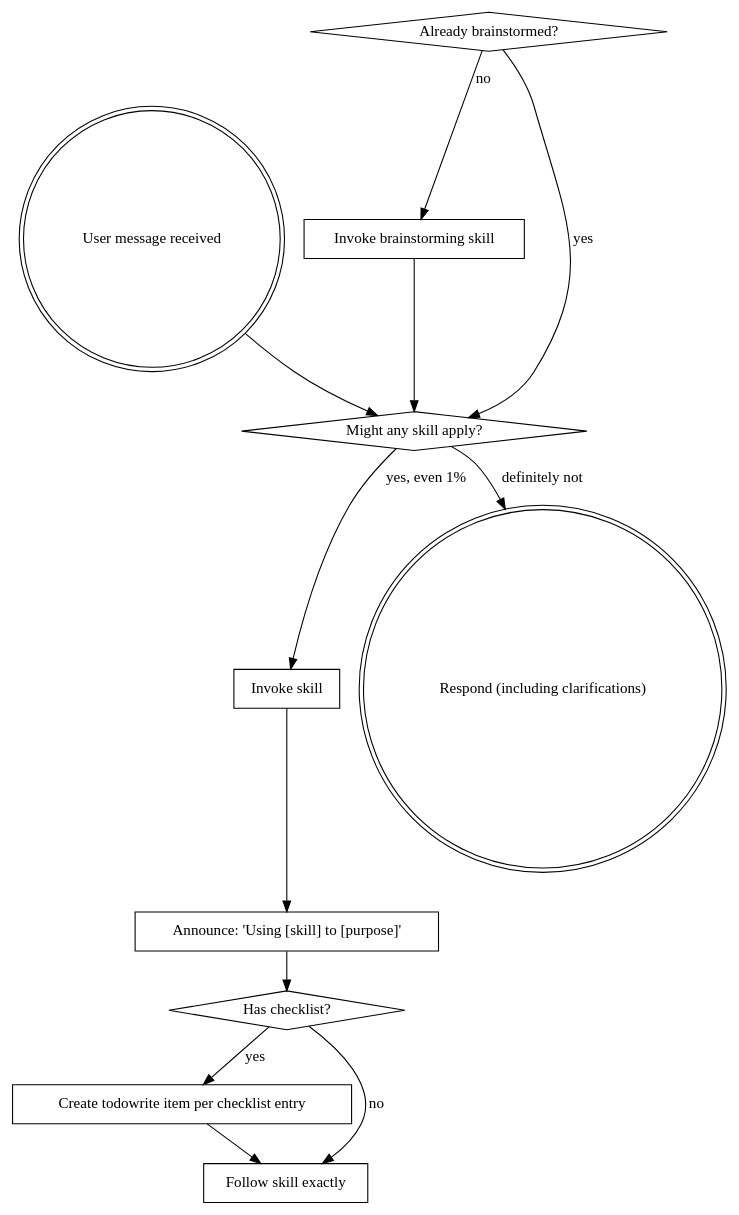
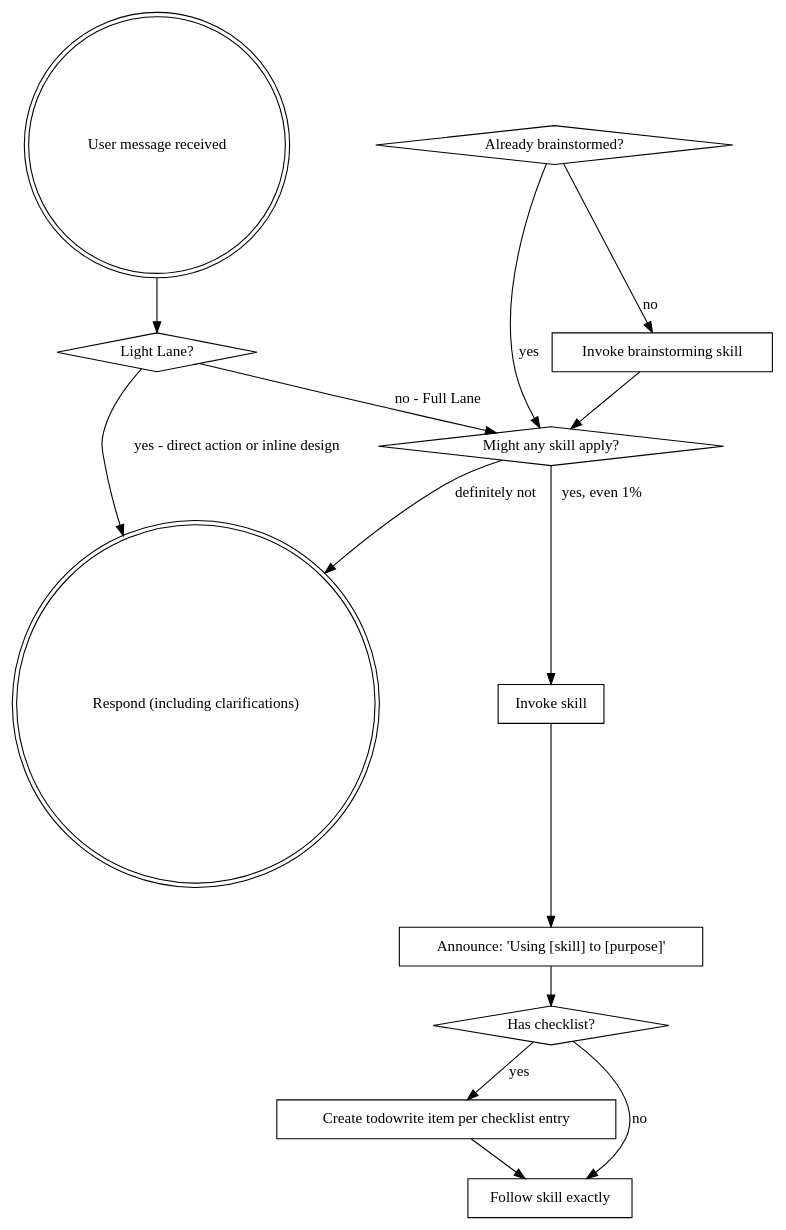
The diagram in skills-custom/using-superpowers/SKILL.md (zcarc/superpowers), drawn with Graphviz before and after one commit. The commit also changed other lines of this file and 11 other files, not shown here.

Commit message:
feat: introduce Light Lane workflows and lightweight code review support

````diff
--- a/skills-custom/using-superpowers/SKILL.md
+++ b/skills-custom/using-superpowers/SKILL.md
@@ -54,27 +58,30 @@
 ```dot
 digraph skill_flow {
     "User message received" [shape=doublecircle];
+    "Light Lane?" [shape=diamond];
     "Already brainstormed?" [shape=diamond];
     "Invoke brainstorming skill" [shape=box];
     "Might any skill apply?" [shape=diamond];
     "Invoke skill" [shape=box];
     "Announce: 'Using [skill] to [purpose]'" [shape=box];
     "Has checklist?" [shape=diamond];
     "Create todowrite item per checklist entry" [shape=box];
     "Follow skill exactly" [shape=box];
     "Respond (including clarifications)" [shape=doublecircle];
 
     "Already brainstormed?" -> "Invoke brainstorming skill" [label="no"];
     "Already brainstormed?" -> "Might any skill apply?" [label="yes"];
     "Invoke brainstorming skill" -> "Might any skill apply?";
 
-    "User message received" -> "Might any skill apply?";
+    "User message received" -> "Light Lane?";
+    "Light Lane?" -> "Respond (including clarifications)" [label="yes - direct action or inline design"];
+    "Light Lane?" -> "Might any skill apply?" [label="no - Full Lane"];
     "Might any skill apply?" -> "Invoke skill" [label="yes, even 1%"];
     "Might any skill apply?" -> "Respond (including clarifications)" [label="definitely not"];
     "Invoke skill" -> "Announce: 'Using [skill] to [purpose]'";
     "Announce: 'Using [skill] to [purpose]'" -> "Has checklist?";
     "Has checklist?" -> "Create todowrite item per checklist entry" [label="yes"];
     "Has checklist?" -> "Follow skill exactly" [label="no"];
     "Create todowrite item per checklist entry" -> "Follow skill exactly";
 }
 ```
````
